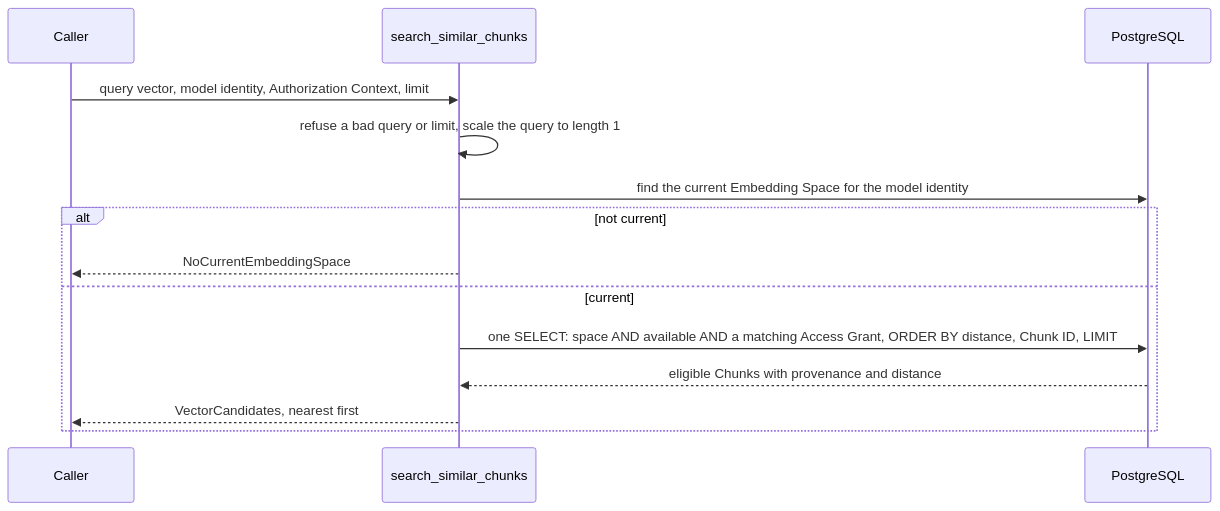
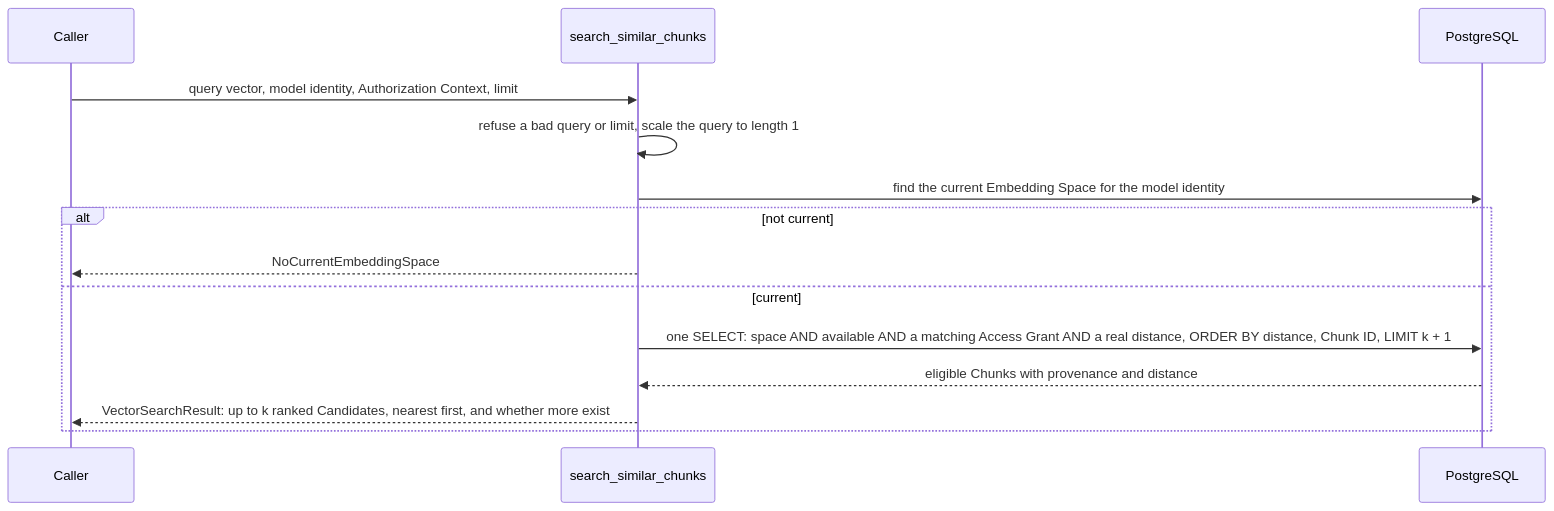
Before and after one commit to ivanverenich/knowledge-service: the seventh of 8 diagrams in docs/architecture.md, drawn with Mermaid. The commit also changed other lines of this file and 11 other files, not shown here.

````diff
--- a/docs/architecture.md
+++ b/docs/architecture.md
@@ -210,16 +211,16 @@
 ```mermaid
 sequenceDiagram
     participant Caller
     participant Search as search_similar_chunks
     participant DB as PostgreSQL
     Caller->>Search: query vector, model identity, Authorization Context, limit
     Search->>Search: refuse a bad query or limit, scale the query to length 1
     Search->>DB: find the current Embedding Space for the model identity
     alt not current
         Search-->>Caller: NoCurrentEmbeddingSpace
     else current
-        Search->>DB: one SELECT: space AND available AND a matching Access Grant, ORDER BY distance, Chunk ID, LIMIT
+        Search->>DB: one SELECT: space AND available AND a matching Access Grant AND a real distance, ORDER BY distance, Chunk ID, LIMIT k + 1
         DB-->>Search: eligible Chunks with provenance and distance
-        Search-->>Caller: VectorCandidates, nearest first
+        Search-->>Caller: VectorSearchResult: up to k ranked Candidates, nearest first, and whether more exist
     end
 ```
````
